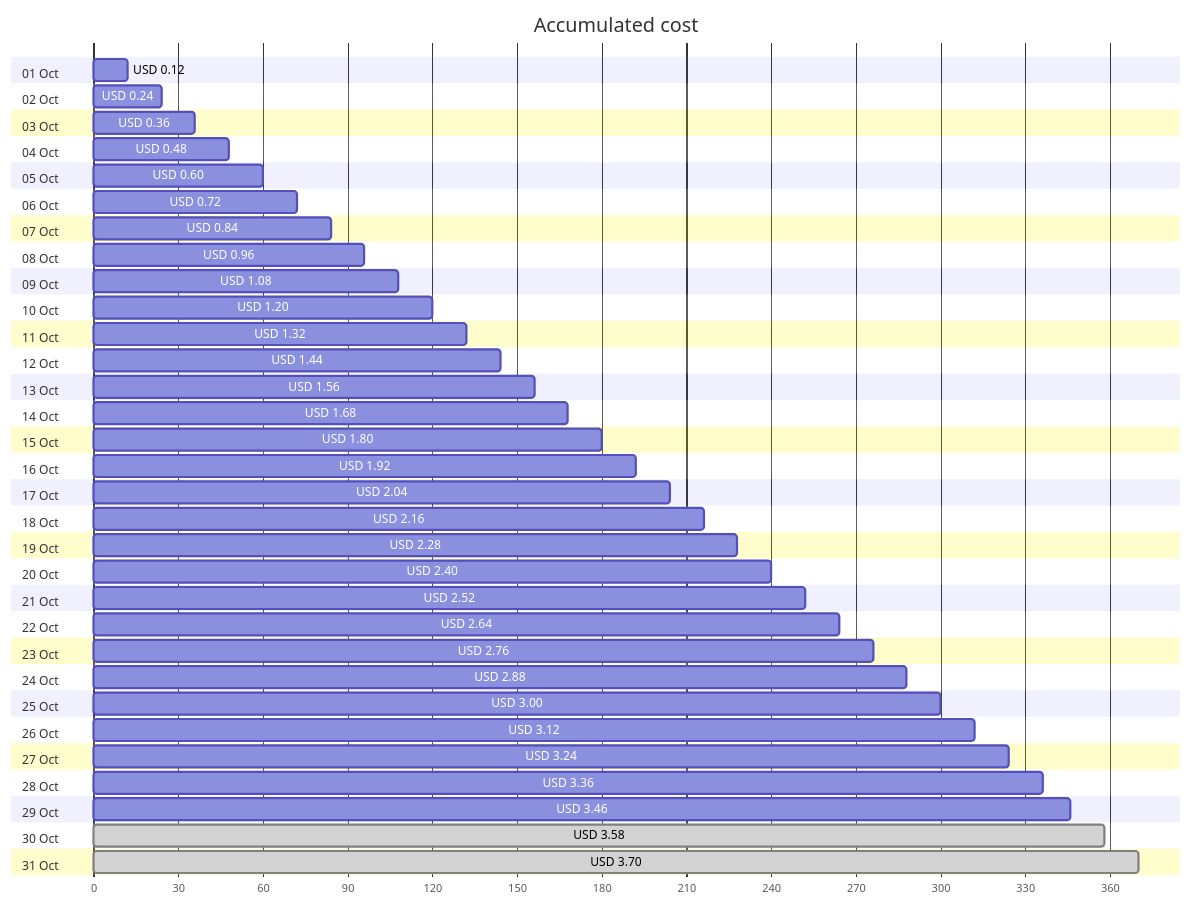
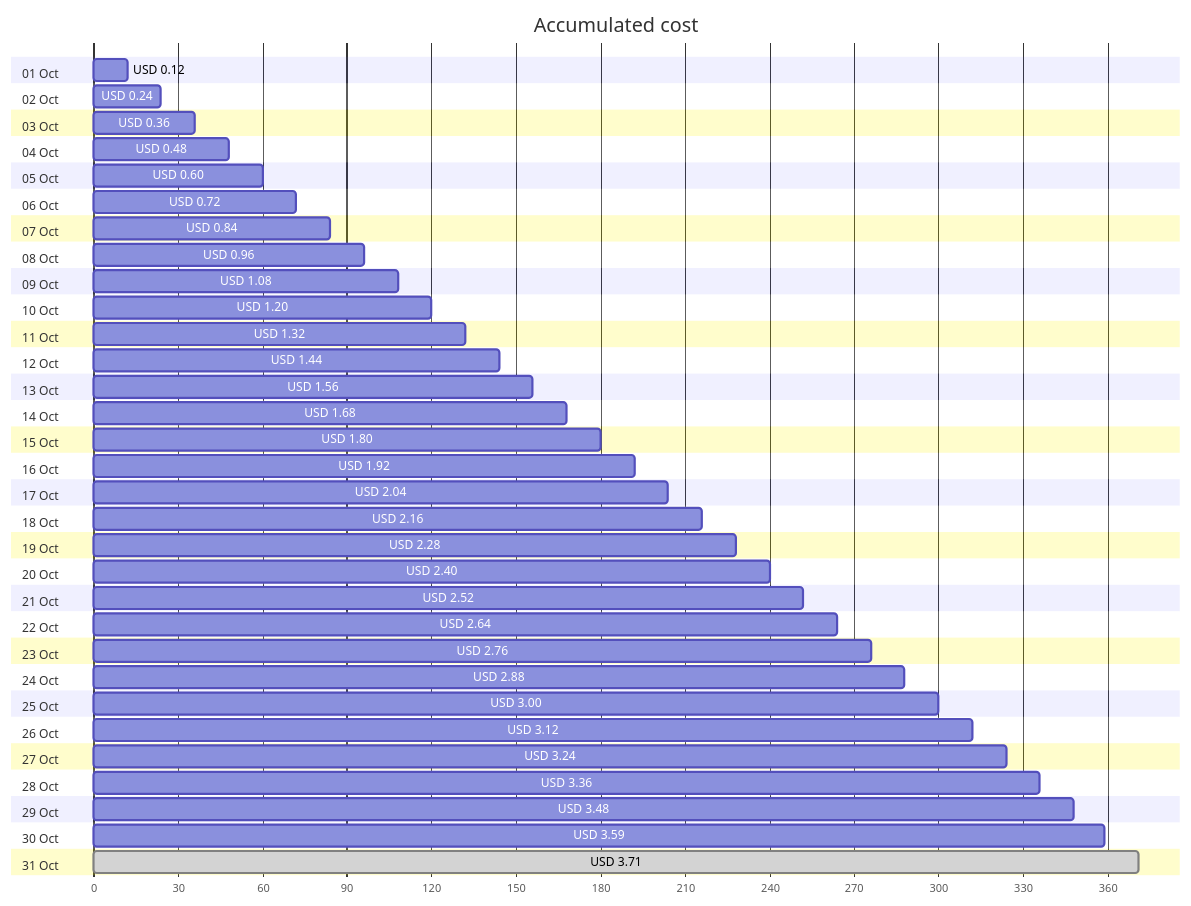
The first of 4 diagrams in cost-reports/personal-network/backup-server-public-ip.md (jpfulton/azure-personal-reports), drawn with Mermaid before and after one commit. The commit also changed other lines of this file and 8 other files, not shown here.

````diff
--- a/cost-reports/personal-network/backup-server-public-ip.md
+++ b/cost-reports/personal-network/backup-server-public-ip.md
@@ -20,68 +20,68 @@
 ```mermaid
 gantt
    title Accumulated cost
    dateFormat  X
    axisFormat %s
    section 01 Oct
    USD 0.12 :0, 12
    section 02 Oct
    USD 0.24 :0, 24
    section 03 Oct
    USD 0.36 :0, 36
    section 04 Oct
    USD 0.48 :0, 48
    section 05 Oct
    USD 0.60 :0, 60
    section 06 Oct
    USD 0.72 :0, 72
    section 07 Oct
    USD 0.84 :0, 84
    section 08 Oct
    USD 0.96 :0, 96
    section 09 Oct
    USD 1.08 :0, 108
    section 10 Oct
    USD 1.20 :0, 120
    section 11 Oct
    USD 1.32 :0, 132
    section 12 Oct
    USD 1.44 :0, 144
    section 13 Oct
    USD 1.56 :0, 156
    section 14 Oct
    USD 1.68 :0, 168
    section 15 Oct
    USD 1.80 :0, 180
    section 16 Oct
    USD 1.92 :0, 192
    section 17 Oct
    USD 2.04 :0, 204
    section 18 Oct
    USD 2.16 :0, 216
    section 19 Oct
    USD 2.28 :0, 228
    section 20 Oct
    USD 2.40 :0, 240
    section 21 Oct
    USD 2.52 :0, 252
    section 22 Oct
    USD 2.64 :0, 264
    section 23 Oct
    USD 2.76 :0, 276
    section 24 Oct
    USD 2.88 :0, 288
    section 25 Oct
    USD 3.00 :0, 300
    section 26 Oct
    USD 3.12 :0, 312
    section 27 Oct
    USD 3.24 :0, 324
    section 28 Oct
    USD 3.36 :0, 336
    section 29 Oct
-   USD 3.46 :0, 346
+   USD 3.48 :0, 348
    section 30 Oct
-   USD 3.58 : done, 0, 358
+   USD 3.59 :0, 359
    section 31 Oct
-   USD 3.70 : done, 0, 370
+   USD 3.71 : done, 0, 371
 ```
````
